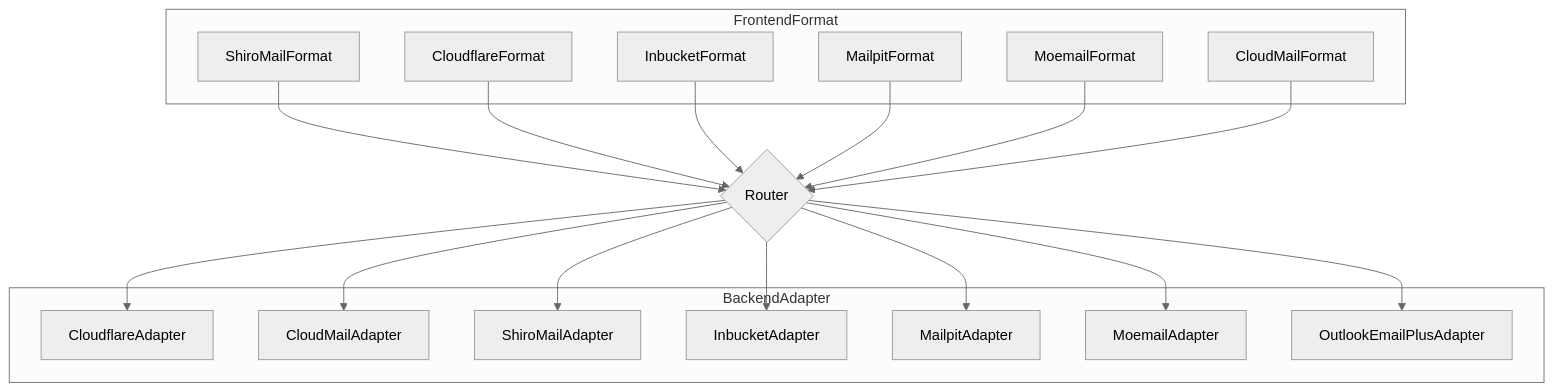
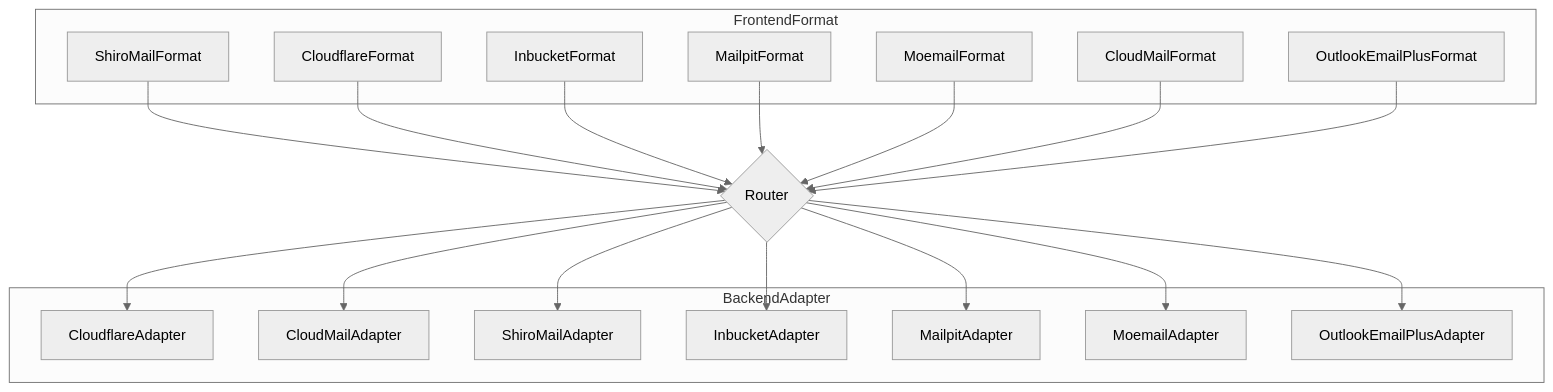
One commit to WangChuDi/everyMail changed the second of 3 diagrams in README.en.md. Above: the diagram before and after it, drawn with Mermaid (neutral theme). The commit also changed other lines of this file and 5 other files, not shown here.

First line of the commit message:
feat: add OutlookEmailPlus frontend format

````diff
--- a/README.en.md
+++ b/README.en.md
@@ -418,24 +436,25 @@
 ```mermaid
 graph TB
     subgraph "FrontendFormat"
         F1[ShiroMailFormat]
         F2[CloudflareFormat]
         F3[InbucketFormat]
         F4[MailpitFormat]
         F5[MoemailFormat]
         F6[CloudMailFormat]
+        F7[OutlookEmailPlusFormat]
     end
 
     subgraph "BackendAdapter"
         B1[CloudflareAdapter]
         B2[CloudMailAdapter]
         B3[ShiroMailAdapter]
         B4[InbucketAdapter]
         B5[MailpitAdapter]
         B6[MoemailAdapter]
         B7[OutlookEmailPlusAdapter]
     end
 
-    F1 & F2 & F3 & F4 & F5 & F6 --> Router{Router}
+    F1 & F2 & F3 & F4 & F5 & F6 & F7 --> Router{Router}
     Router --> B1 & B2 & B3 & B4 & B5 & B6 & B7
 ```
````
